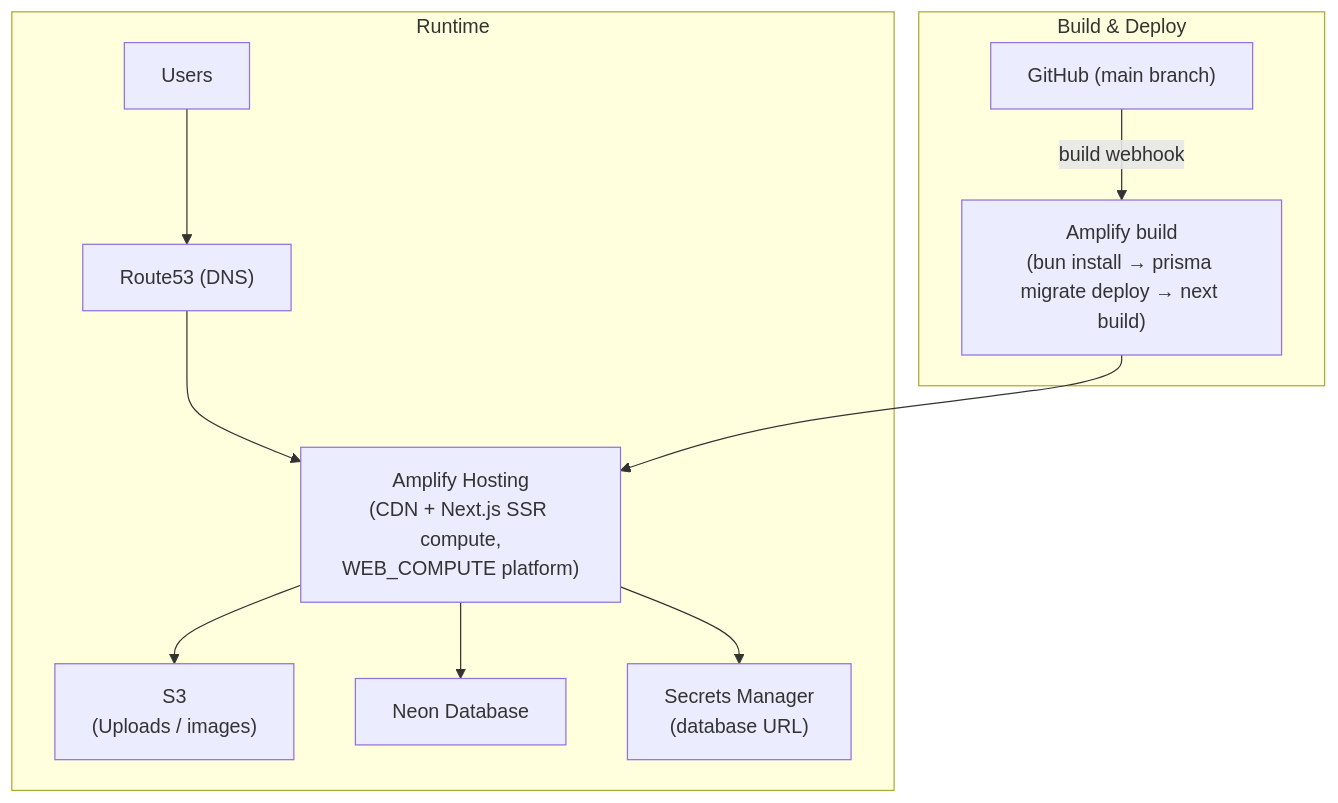
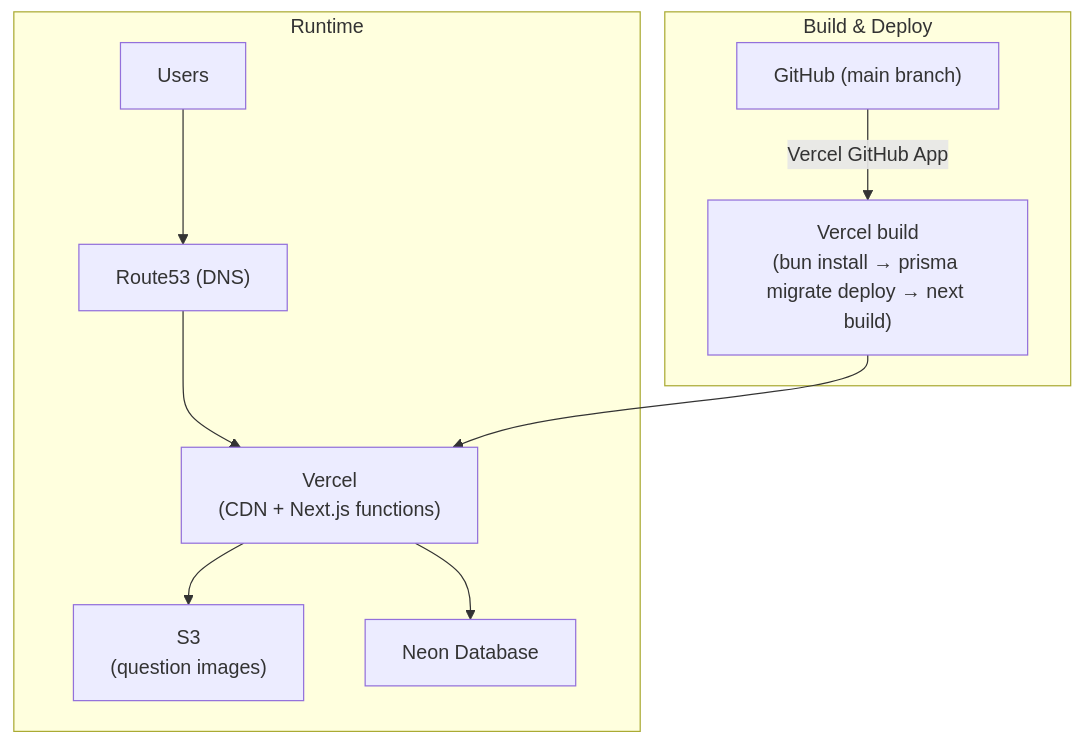
One commit to ahmax99/exam-prep changed the diagram in docs/architecture.md. Above: the diagram before and after it, drawn with Mermaid. The commit also changed other lines of this file and 59 other files, not shown here.

First line of the commit message:
chore(infra): remove Amplify, WAF and Secrets Manager (#163)

````diff
--- a/docs/architecture.md
+++ b/docs/architecture.md
@@ -15,25 +14,23 @@
 ```mermaid
 flowchart TD
     subgraph "Runtime"
         Users["Users"]
         Route53["Route53 (DNS)"]
-        Amplify["Amplify Hosting<br/>(CDN + Next.js SSR compute,<br/>WEB_COMPUTE platform)"]
-        S3Uploads["S3<br/>(Uploads / images)"]
+        Vercel["Vercel<br/>(CDN + Next.js functions)"]
+        S3Uploads["S3<br/>(question images)"]
         NeonDB["Neon Database"]
-        SecretsManager["Secrets Manager<br/>(database URL)"]
     end
 
     subgraph "Build & Deploy"
         GitHub["GitHub (main branch)"]
-        AmplifyBuild["Amplify build<br/>(bun install → prisma migrate deploy → next build)"]
+        VercelBuild["Vercel build<br/>(bun install → prisma migrate deploy → next build)"]
     end
 
     Users --> Route53
-    Route53 --> Amplify
-    Amplify --> S3Uploads
-    Amplify --> NeonDB
-    Amplify --> SecretsManager
+    Route53 --> Vercel
+    Vercel --> S3Uploads
+    Vercel --> NeonDB
 
-    GitHub -->|build webhook| AmplifyBuild
-    AmplifyBuild --> Amplify
+    GitHub -->|Vercel GitHub App| VercelBuild
+    VercelBuild --> Vercel
 ```
````
